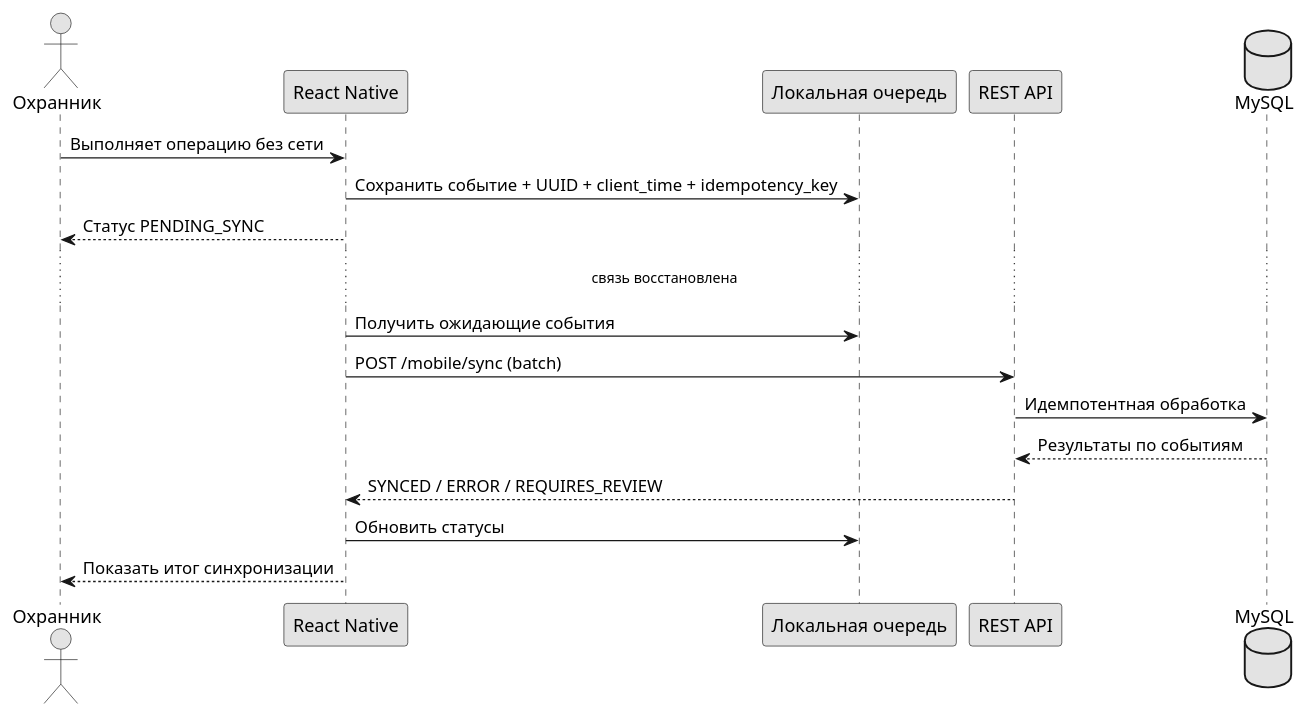
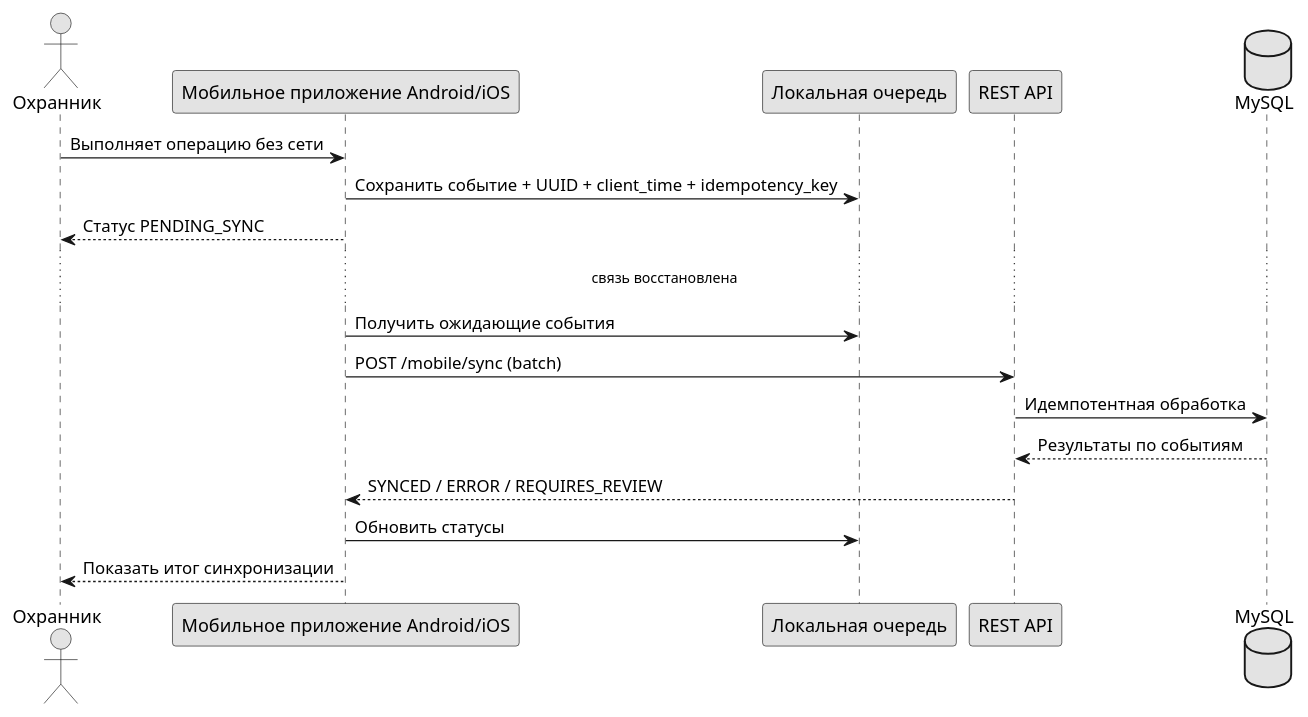
The diagram in docs/диаграммы/06_Последовательность_offline_sync.puml (Jebvo777/CHOPPRO), drawn with PlantUML before and after one commit. The commit also changed 16 other files, not shown here.

```diff
--- a/docs/диаграммы/06_Последовательность_offline_sync.puml
+++ b/docs/диаграммы/06_Последовательность_offline_sync.puml
@@ -1,21 +1,21 @@
 @startuml
 skinparam monochrome true
 skinparam shadowing false
 skinparam defaultFontName "Times New Roman"
 actor "Охранник" as Guard
-participant "React Native" as Mobile
+participant "Мобильное приложение Android/iOS" as Mobile
 participant "Локальная очередь" as Queue
 participant "REST API" as API
 database "MySQL" as DB
 Guard -> Mobile: Выполняет операцию без сети
 Mobile -> Queue: Сохранить событие + UUID + client_time + idempotency_key
 Mobile --> Guard: Статус PENDING_SYNC
 ... связь восстановлена ...
 Mobile -> Queue: Получить ожидающие события
 Mobile -> API: POST /mobile/sync (batch)
 API -> DB: Идемпотентная обработка
 DB --> API: Результаты по событиям
 API --> Mobile: SYNCED / ERROR / REQUIRES_REVIEW
 Mobile -> Queue: Обновить статусы
 Mobile --> Guard: Показать итог синхронизации
 @enduml
```
